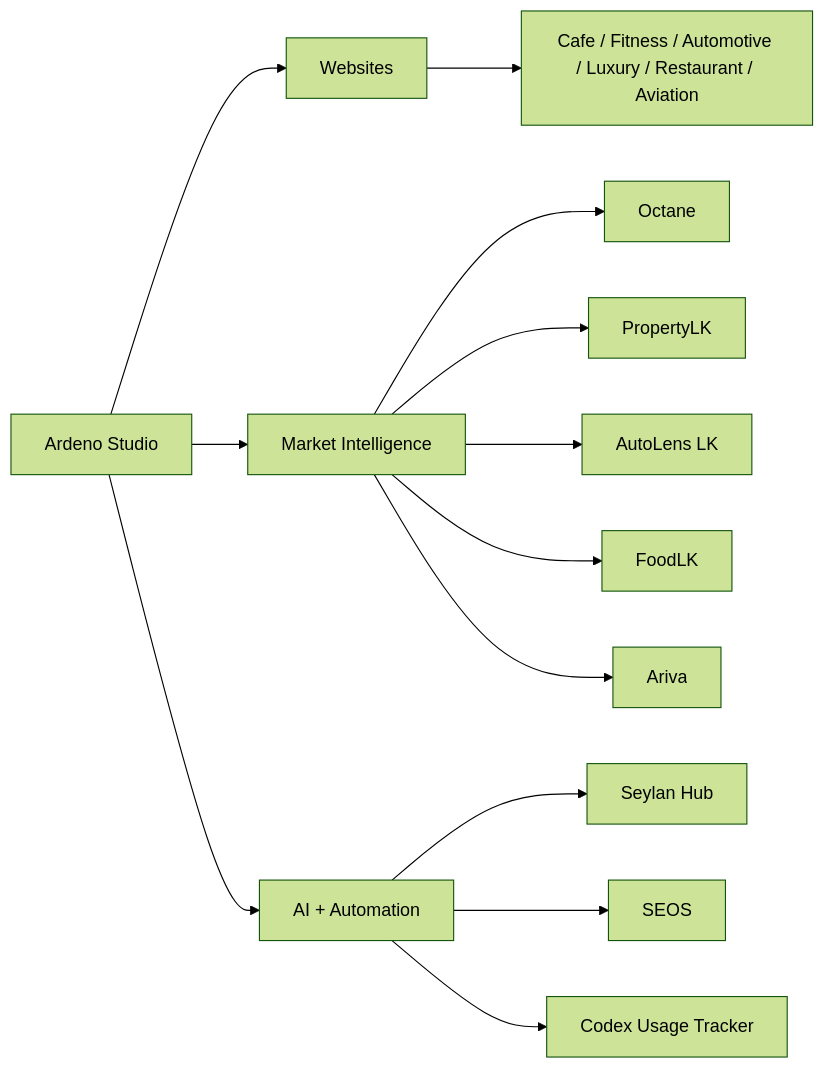
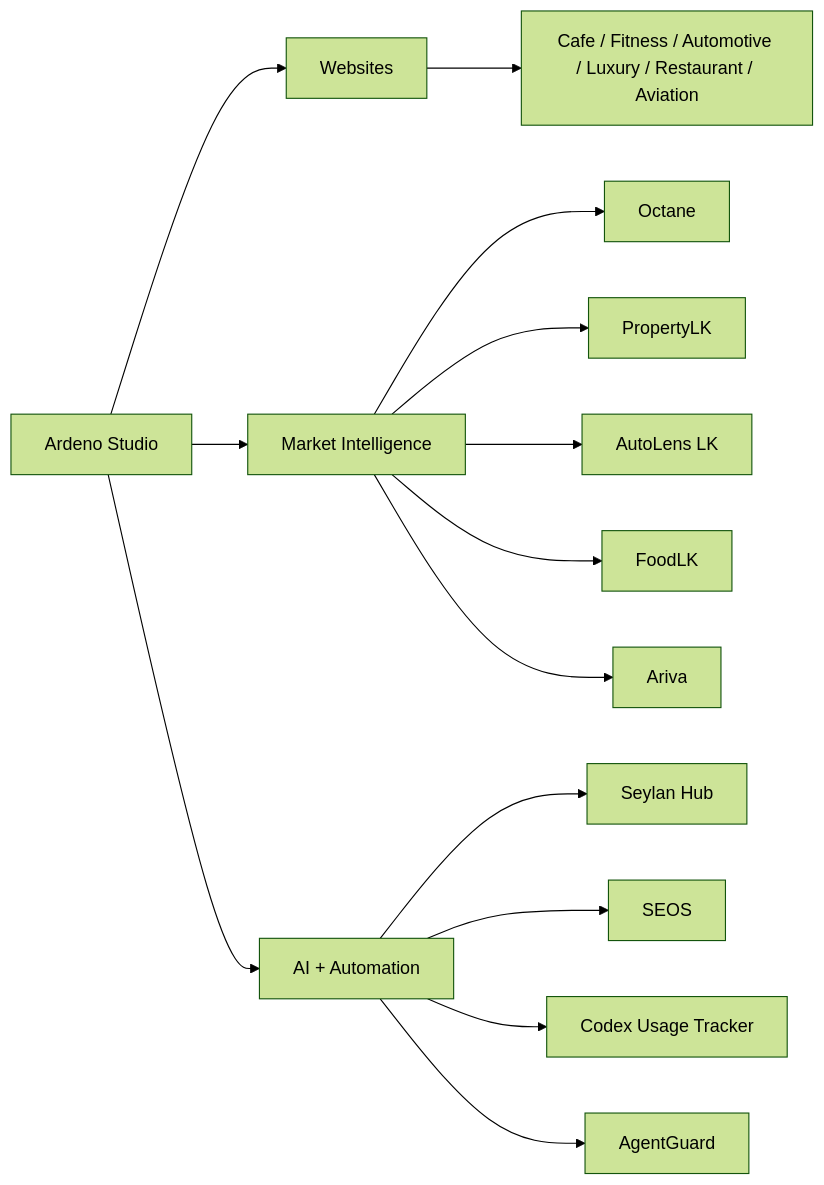
The diagram in README.md (SuvenSeo/SuvenSeo), drawn with Mermaid (forest theme) before and after one commit. The commit also changed other lines of this file, not shown here.

Commit message:
Add AgentGuard to profile

````diff
--- a/README.md
+++ b/README.md
@@ -59,15 +59,16 @@
 ```mermaid
 flowchart LR
     A["Ardeno Studio"] --> B["Websites"]
     A --> C["Market Intelligence"]
     A --> D["AI + Automation"]
     B --> B1["Cafe / Fitness / Automotive / Luxury / Restaurant / Aviation"]
     C --> C1["Octane"]
     C --> C2["PropertyLK"]
     C --> C3["AutoLens LK"]
     C --> C4["FoodLK"]
     C --> C5["Ariva"]
     D --> D1["Seylan Hub"]
     D --> D2["SEOS"]
     D --> D3["Codex Usage Tracker"]
+    D --> D4["AgentGuard"]
 ```
````
